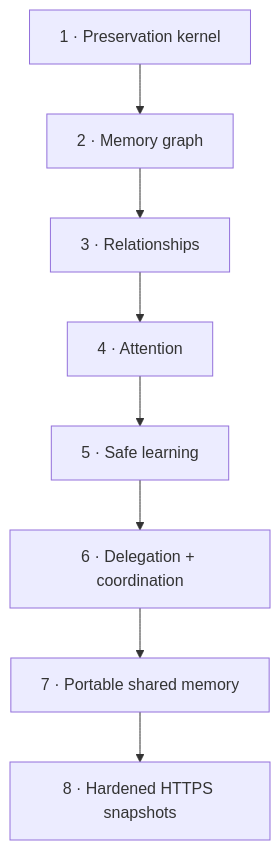
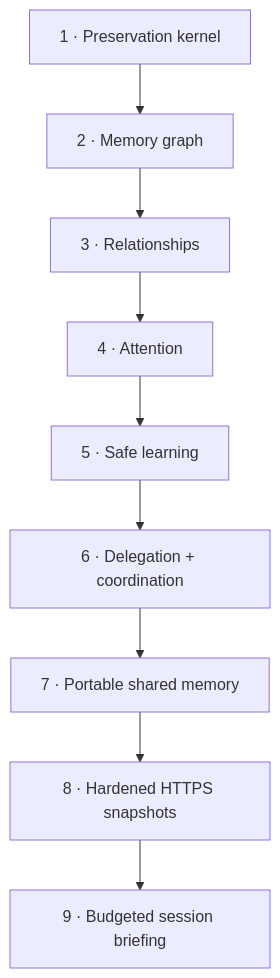
Before and after one commit to Maykbiletti/AgentSpine: the diagram in docs/roadmap.md, drawn with Mermaid. The commit also changed other lines of this file and 19 other files, not shown here.

Commit message:
feat: add budgeted session briefings

````diff
--- a/docs/roadmap.md
+++ b/docs/roadmap.md
@@ -5,10 +5,11 @@
 ```mermaid
 flowchart TB
     A["1 · Preservation kernel"] --> B["2 · Memory graph"]
     B --> C["3 · Relationships"]
     C --> D["4 · Attention"]
     D --> E["5 · Safe learning"]
     E --> F["6 · Delegation + coordination"]
     F --> G["7 · Portable shared memory"]
     G --> H["8 · Hardened HTTPS snapshots"]
+    H --> I["9 · Budgeted session briefing"]
 ```
````
